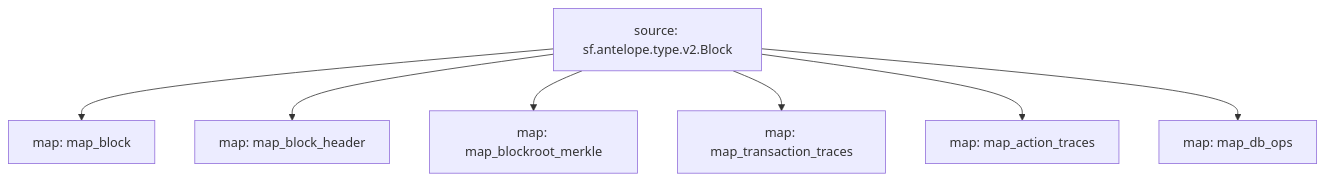
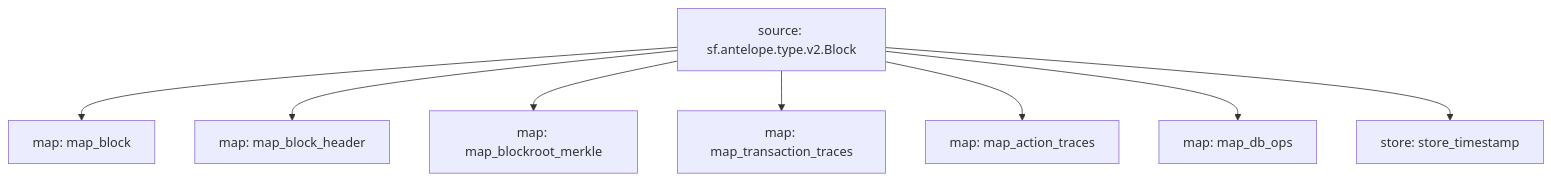
The diagram in substreams/common/README.md (pinax-network/substreams), drawn with Mermaid before and after one commit. The commit also changed other lines of this file and 11 other files, not shown here.

````diff
--- a/substreams/common/README.md
+++ b/substreams/common/README.md
@@ -7,15 +7,17 @@
 ```mermaid
 graph TD;
   map_block[map: map_block]
   sf.antelope.type.v2.Block[source: sf.antelope.type.v2.Block] --> map_block
   map_block_header[map: map_block_header]
   sf.antelope.type.v2.Block[source: sf.antelope.type.v2.Block] --> map_block_header
   map_blockroot_merkle[map: map_blockroot_merkle]
   sf.antelope.type.v2.Block[source: sf.antelope.type.v2.Block] --> map_blockroot_merkle
   map_transaction_traces[map: map_transaction_traces]
   sf.antelope.type.v2.Block[source: sf.antelope.type.v2.Block] --> map_transaction_traces
   map_action_traces[map: map_action_traces]
   sf.antelope.type.v2.Block[source: sf.antelope.type.v2.Block] --> map_action_traces
   map_db_ops[map: map_db_ops]
   sf.antelope.type.v2.Block[source: sf.antelope.type.v2.Block] --> map_db_ops
+  store_timestamp[store: store_timestamp]
+  sf.antelope.type.v2.Block[source: sf.antelope.type.v2.Block] --> store_timestamp
 ```
````
